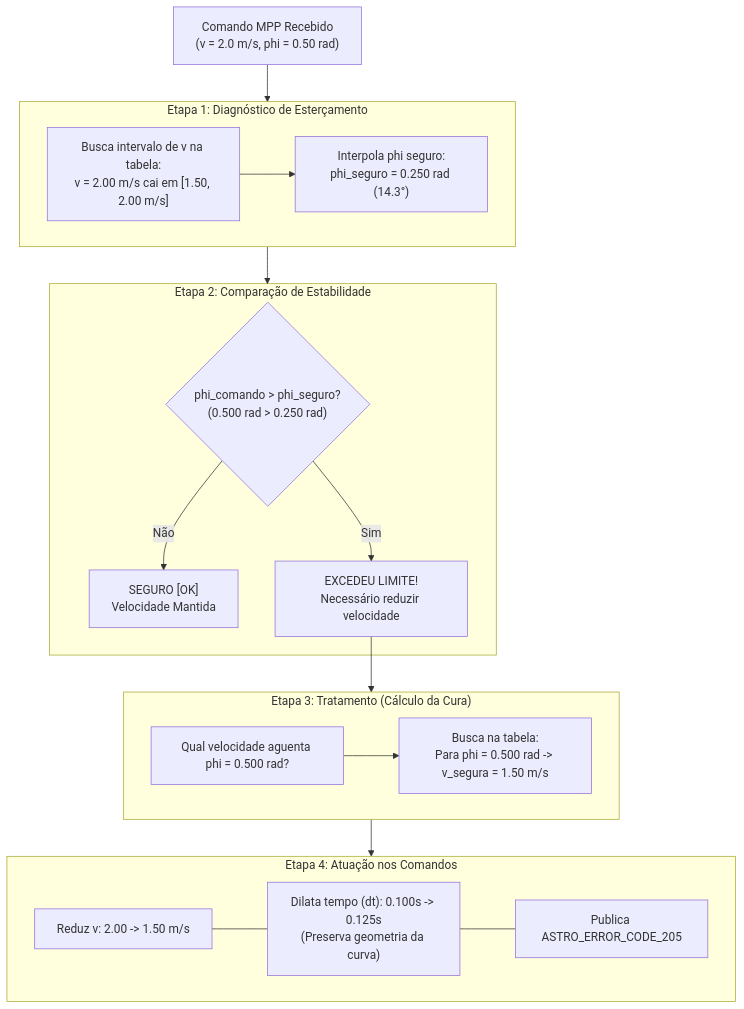
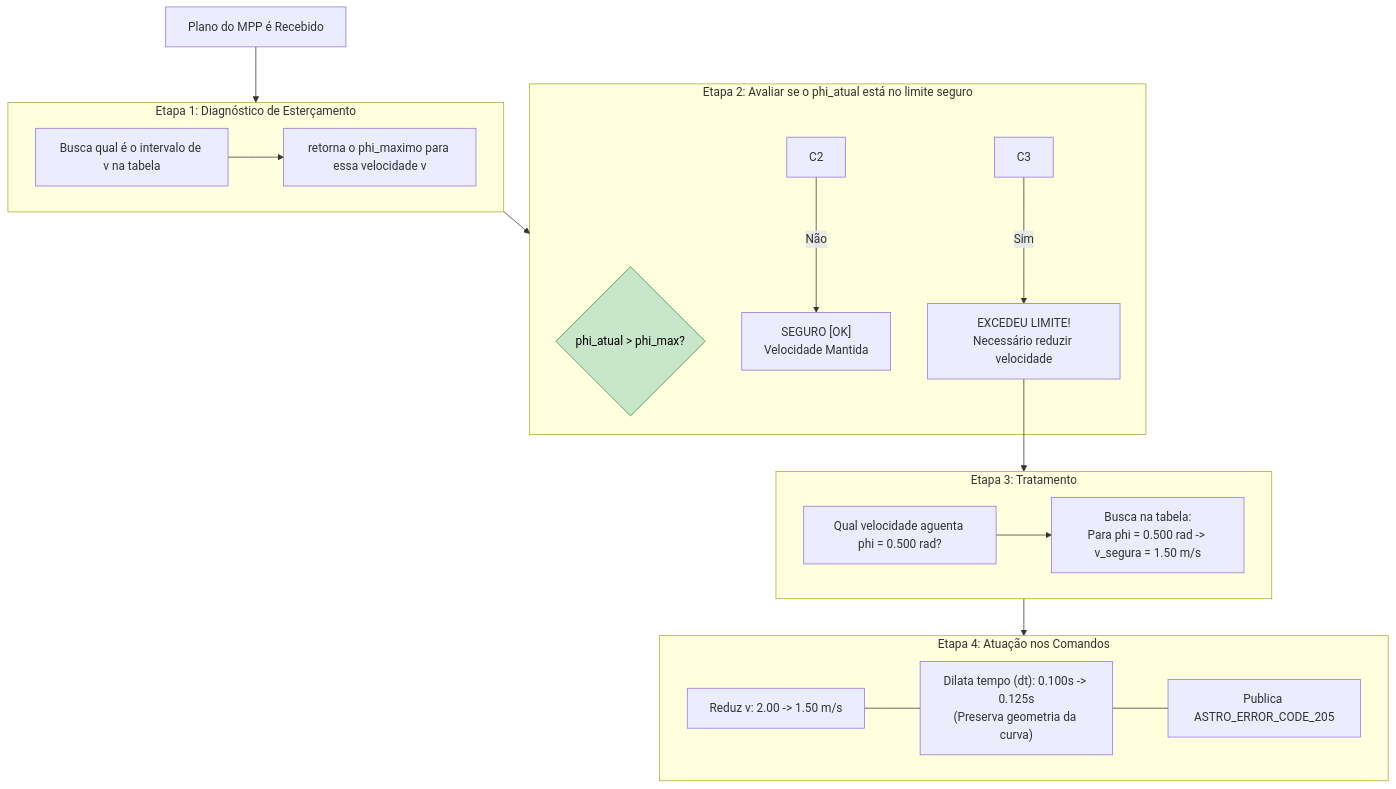
The second of 2 diagrams in README.md (BrenoCSilva/lume), drawn with Mermaid before and after one commit. The commit also changed other lines of this file, not shown here.

````diff
--- a/README.md
+++ b/README.md
@@ -71,33 +58,34 @@
 ```mermaid
 flowchart TD
-    CMD["Comando MPP Recebido<br>(v = 2.0 m/s, phi = 0.50 rad)"] --> E1
+    CMD["Plano do MPP é Recebido<br>"] --> E1
     
     subgraph E1 ["Etapa 1: Diagnóstico de Esterçamento"]
-        D1["Busca intervalo de v na tabela:<br>v = 2.00 m/s cai em [1.50, 2.00 m/s]"]
-        D1 --> D2["Interpola phi seguro:<br>phi_seguro = 0.250 rad (14.3°)"]
+        D1["Busca qual é o intervalo de v na tabela"]
+        D1 --> D2["retorna o phi_maximo para essa velocidade v"]
     end
     
     E1 --> E2
     
-    subgraph E2 ["Etapa 2: Comparação de Estabilidade"]
-        C1{"phi_comando > phi_seguro?<br>(0.500 rad > 0.250 rad)"}
-        C1 -->|Não| OK["SEGURO [OK]<br>Velocidade Mantida"]
-        C1 -->|Sim| ALERTA["EXCEDEU LIMITE!<br>Necessário reduzir velocidade"]
+    subgraph E2 ["Etapa 2: Avaliar se o phi_atual está no limite seguro"]
+        C1{"phi_atual > phi_max?"}
+        C2 -->|Não| OK["SEGURO [OK]<br>Velocidade Mantida"]
+        C3 -->|Sim| ALERTA["EXCEDEU LIMITE!<br>Necessário reduzir velocidade"]
+        style C1 fill:#c8e6c9,stroke:#388e3c,color:#000
     end
     
     ALERTA --> E3
     
-    subgraph E3 ["Etapa 3: Tratamento (Cálculo da Cura)"]
+    subgraph E3 ["Etapa 3: Tratamento "]
         T1["Qual velocidade aguenta phi = 0.500 rad?"]
         T1 --> T2["Busca na tabela:<br>Para phi = 0.500 rad -> v_segura = 1.50 m/s"]
     end
     
     E3 --> E4
     
     subgraph E4 ["Etapa 4: Atuação nos Comandos"]
         A1["Reduz v: 2.00 -> 1.50 m/s"]
         A2["Dilata tempo (dt): 0.100s -> 0.125s<br>(Preserva geometria da curva)"]
         A3["Publica ASTRO_ERROR_CODE_205"]
         A1 --- A2 --- A3
     end
 ```
````
